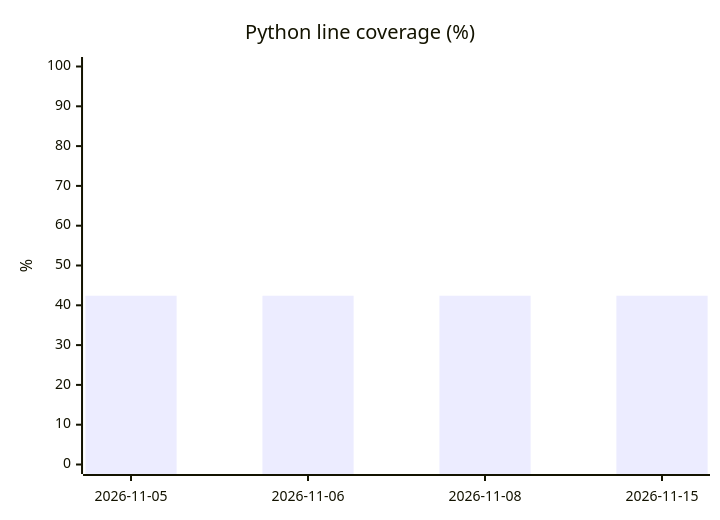
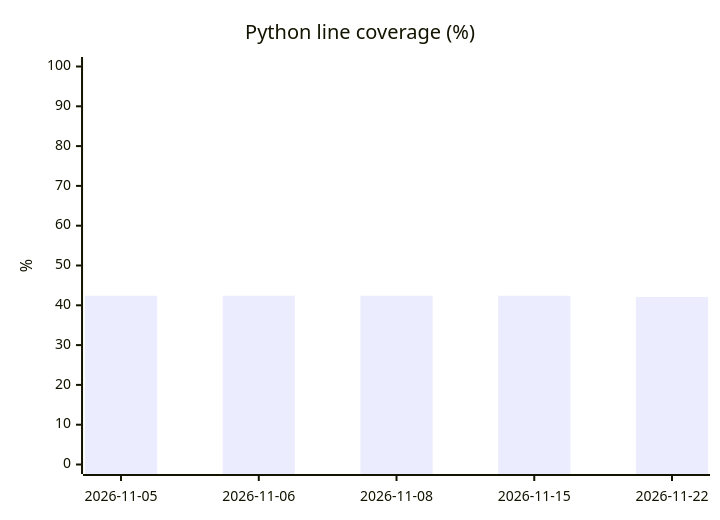
The third of 3 diagrams in README.md (SCIInstitute/ShapeWorks), drawn with Mermaid before and after one commit. The commit also changed other lines of this file and 1 other file, not shown here.

````diff
--- a/README.md
+++ b/README.md
@@ -31,7 +31,7 @@
 ```mermaid
 xychart-beta
     title "Python line coverage (%)"
-    x-axis ["2026-11-05", "2026-11-06", "2026-11-08", "2026-11-15"]
+    x-axis ["2026-11-05", "2026-11-06", "2026-11-08", "2026-11-15", "2026-11-22"]
     y-axis "%" 0 --> 100
-    bar [42.4, 42.4, 42.4, 42.4]
+    bar [42.4, 42.4, 42.4, 42.4, 42.1]
 ```
````
